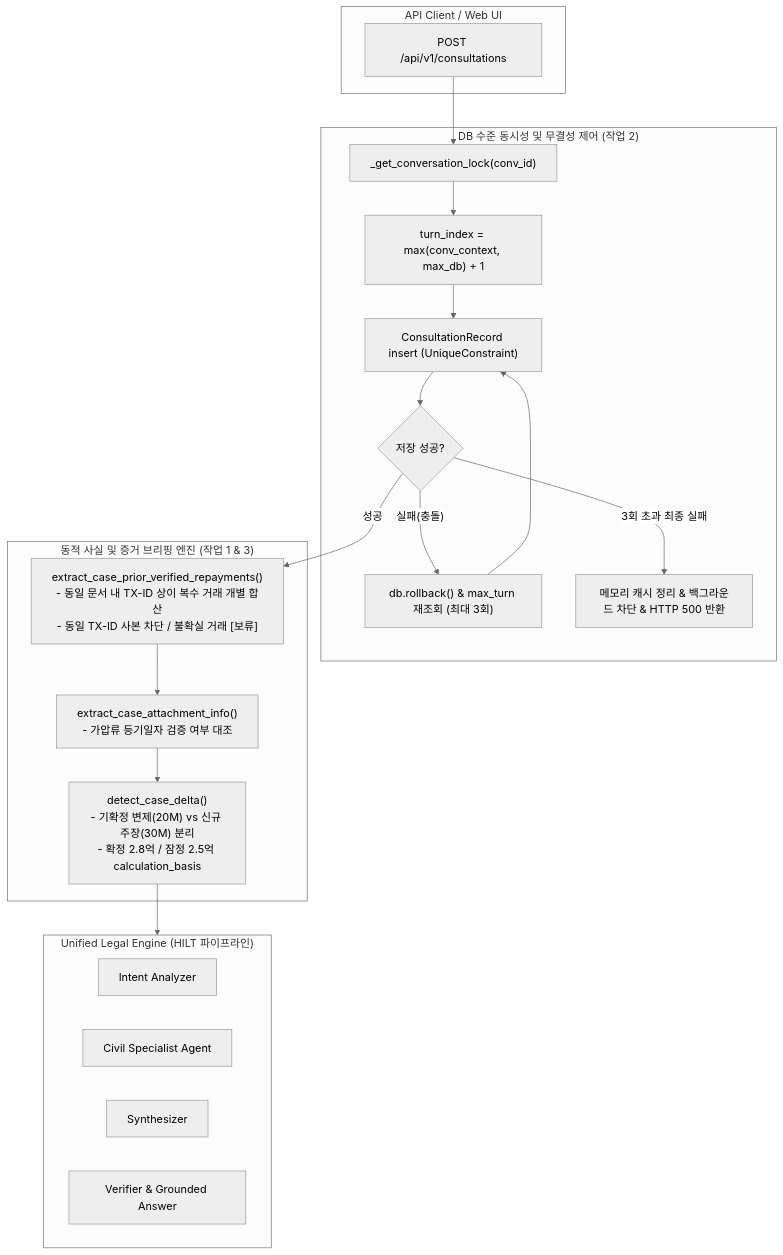
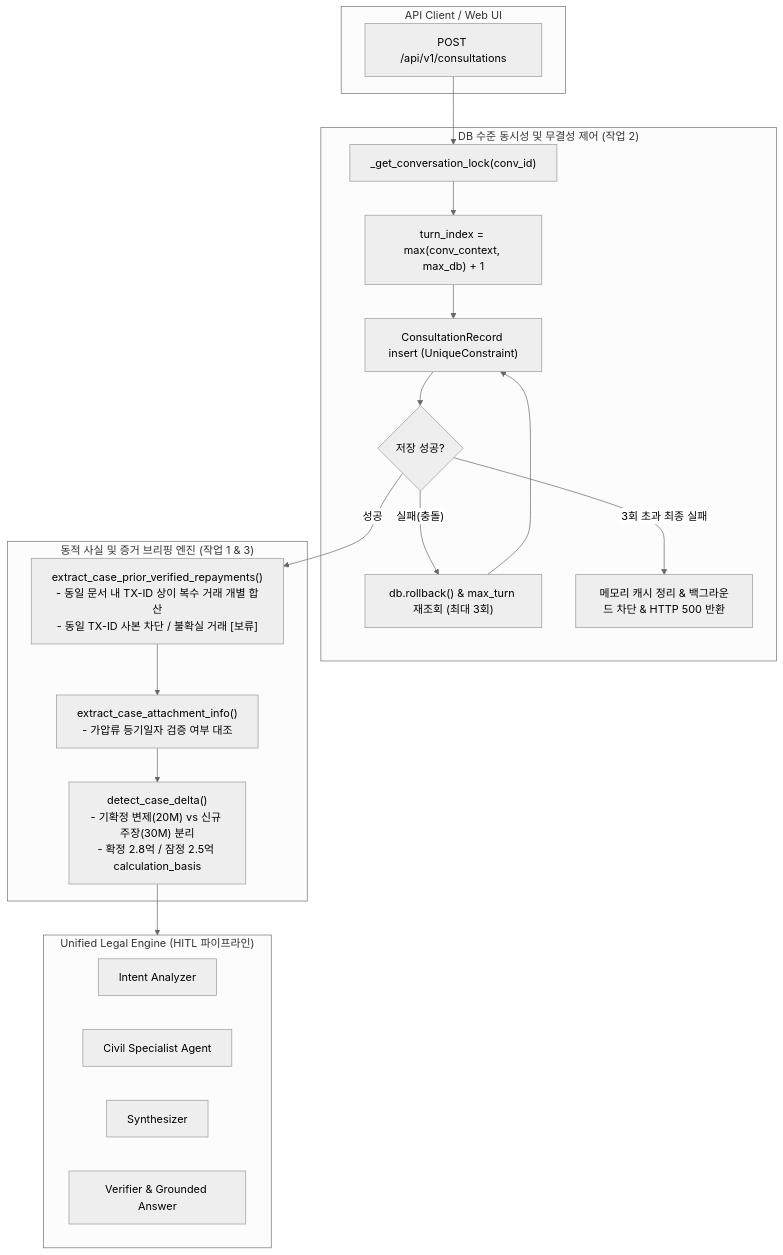
One commit to yjjungyo/ai-legal-helper changed the diagram in docs/development/P0_3_1_DYNAMIC_CASE_INTEGRITY_REPORT.md. Above: the diagram before and after it, drawn with Mermaid (neutral theme). The commit also changed other lines of this file, not shown here.

Commit message:
chore: correct HITL acronym spelling only

````diff
--- a/docs/development/P0_3_1_DYNAMIC_CASE_INTEGRITY_REPORT.md
+++ b/docs/development/P0_3_1_DYNAMIC_CASE_INTEGRITY_REPORT.md
@@ -67,40 +67,40 @@
 ```mermaid
 flowchart TD
     subgraph Client["API Client / Web UI"]
         POST_REQ["POST /api/v1/consultations"]
     end
 
     subgraph IntegrityLayer["DB 수준 동시성 및 무결성 제어 (작업 2)"]
         MUTEX["_get_conversation_lock(conv_id)"]
         ALLOC["turn_index = max(conv_context, max_db) + 1"]
         DB_TRY["ConsultationRecord insert (UniqueConstraint)"]
         RETRY{"저장 성공?"}
         ROLLBACK["db.rollback() & max_turn 재조회 (최대 3회)"]
         ERR_500["메모리 캐시 정리 & 백그라운드 차단 & HTTP 500 반환"]
     end
 
     subgraph DynamicEngine["동적 사실 및 증거 브리핑 엔진 (작업 1 & 3)"]
         EXT_REPAY["extract_case_prior_verified_repayments()\n- 동일 문서 내 TX-ID 상이 복수 거래 개별 합산\n- 동일 TX-ID 사본 차단 / 불확실 거래 [보류]"]
         EXT_ATT["extract_case_attachment_info()\n- 가압류 등기일자 검증 여부 대조"]
         DELTA["detect_case_delta()\n- 기확정 변제(20M) vs 신규 주장(30M) 분리\n- 확정 2.8억 / 잠정 2.5억 calculation_basis"]
     end
 
-    subgraph LangGraph["Unified Legal Engine (HILT 파이프라인)"]
+    subgraph LangGraph["Unified Legal Engine (HITL 파이프라인)"]
         INTENT["Intent Analyzer"]
         AGENT["Civil Specialist Agent"]
         SYNTH["Synthesizer"]
         VERIFY["Verifier & Grounded Answer"]
     end
 
     POST_REQ --> MUTEX
     MUTEX --> ALLOC
     ALLOC --> DB_TRY
     DB_TRY --> RETRY
     RETRY -- "실패(충돌)" --> ROLLBACK
     ROLLBACK --> DB_TRY
     RETRY -- "3회 초과 최종 실패" --> ERR_500
     RETRY -- "성공" --> EXT_REPAY
     EXT_REPAY --> EXT_ATT
     EXT_ATT --> DELTA
     DELTA --> LangGraph
 ```
````
